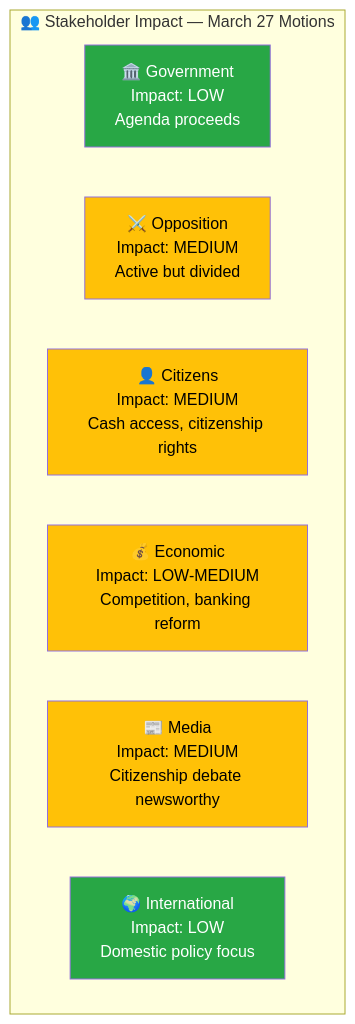
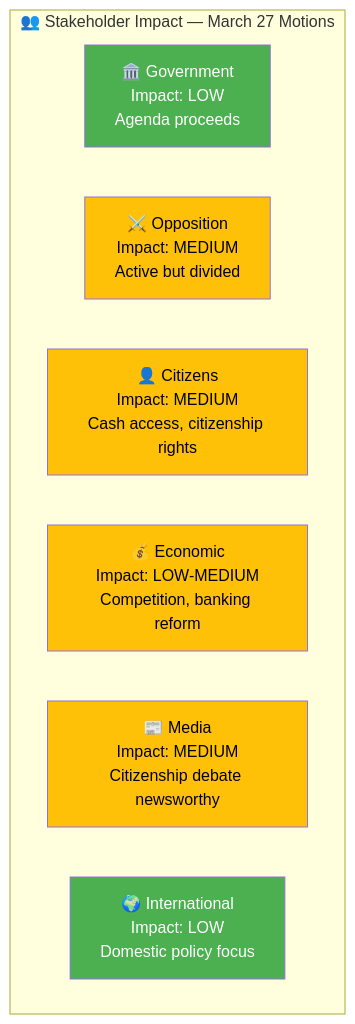
One commit to Hack23/riksdagsmonitor changed the diagram in analysis/daily/2026-03-27/motions/stakeholder-perspectives.md. Above: the diagram before and after it, drawn with Mermaid. The commit also changed 785 other files, not shown here.

First line of the commit message:
Normalize mermaid colors across 786 analysis artifacts to ISMS Style Guide palette

````diff
--- a/analysis/daily/2026-03-27/motions/stakeholder-perspectives.md
+++ b/analysis/daily/2026-03-27/motions/stakeholder-perspectives.md
@@ -18,18 +18,18 @@
 ```mermaid
 graph TD
     subgraph "👥 Stakeholder Impact — March 27 Motions"
         GOV["🏛️ Government<br/>Impact: LOW<br/>Agenda proceeds"]
         OPP["⚔️ Opposition<br/>Impact: MEDIUM<br/>Active but divided"]
         CIT["👤 Citizens<br/>Impact: MEDIUM<br/>Cash access, citizenship rights"]
         ECO["💰 Economic<br/>Impact: LOW-MEDIUM<br/>Competition, banking reform"]
         MED["📰 Media<br/>Impact: MEDIUM<br/>Citizenship debate newsworthy"]
         INT["🌍 International<br/>Impact: LOW<br/>Domestic policy focus"]
     end
 
-    style GOV fill:#28a745,color:#fff
-    style OPP fill:#ffc107,color:#000
-    style CIT fill:#ffc107,color:#000
-    style ECO fill:#ffc107,color:#000
-    style MED fill:#ffc107,color:#000
-    style INT fill:#28a745,color:#fff
+    style GOV fill:#4CAF50,color:#FFFFFF
+    style OPP fill:#FFC107,color:#000000
+    style CIT fill:#FFC107,color:#000000
+    style ECO fill:#FFC107,color:#000000
+    style MED fill:#FFC107,color:#000000
+    style INT fill:#4CAF50,color:#FFFFFF
 ```
````
